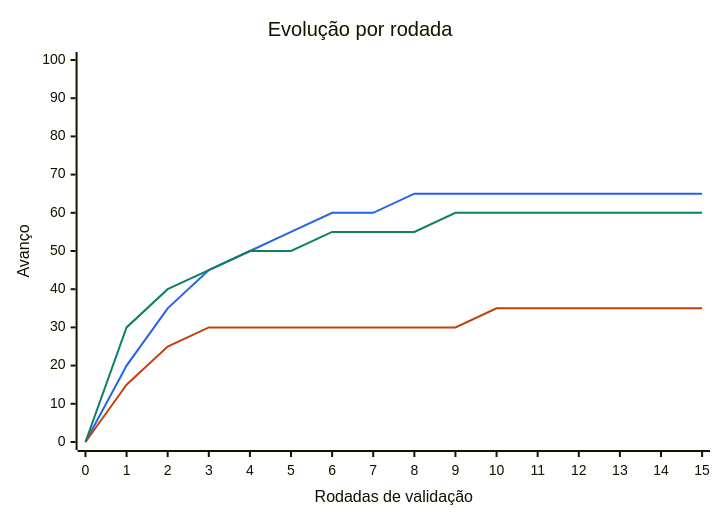
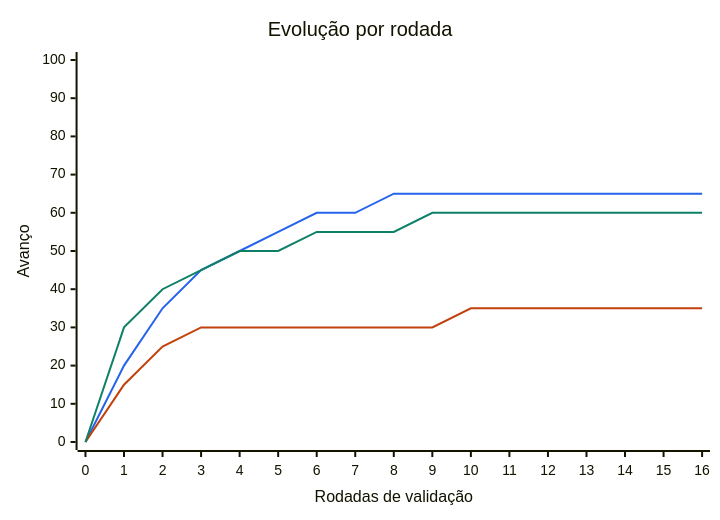
The diagram in docs/colaboracao/ACOMPANHAMENTO.md (thiagozonda1989-stack/simuladorCotacao), drawn with Mermaid before and after one commit. The commit also changed other lines of this file, not shown here.

Commit message:
Atualiza o painel após a rodada 16

````diff
--- a/docs/colaboracao/ACOMPANHAMENTO.md
+++ b/docs/colaboracao/ACOMPANHAMENTO.md
@@ -11,15 +11,15 @@
 ```mermaid
 ---
 config:
   themeVariables:
     xyChart:
       plotColorPalette: "#2563eb,#c2410c,#0e8066"
 ---
 xychart-beta
   title "Evolução por rodada"
-  x-axis "Rodadas de validação" [0, 1, 2, 3, 4, 5, 6, 7, 8, 9, 10, 11, 12, 13, 14, 15]
+  x-axis "Rodadas de validação" [0, 1, 2, 3, 4, 5, 6, 7, 8, 9, 10, 11, 12, 13, 14, 15, 16]
   y-axis "Avanço" 0 --> 100
-  line [0, 20, 35, 45, 50, 55, 60, 60, 65, 65, 65, 65, 65, 65, 65, 65]
-  line [0, 15, 25, 30, 30, 30, 30, 30, 30, 30, 35, 35, 35, 35, 35, 35]
-  line [0, 30, 40, 45, 50, 50, 55, 55, 55, 60, 60, 60, 60, 60, 60, 60]
+  line [0, 20, 35, 45, 50, 55, 60, 60, 65, 65, 65, 65, 65, 65, 65, 65, 65]
+  line [0, 15, 25, 30, 30, 30, 30, 30, 30, 30, 35, 35, 35, 35, 35, 35, 35]
+  line [0, 30, 40, 45, 50, 50, 55, 55, 55, 60, 60, 60, 60, 60, 60, 60, 60]
 ```
````
